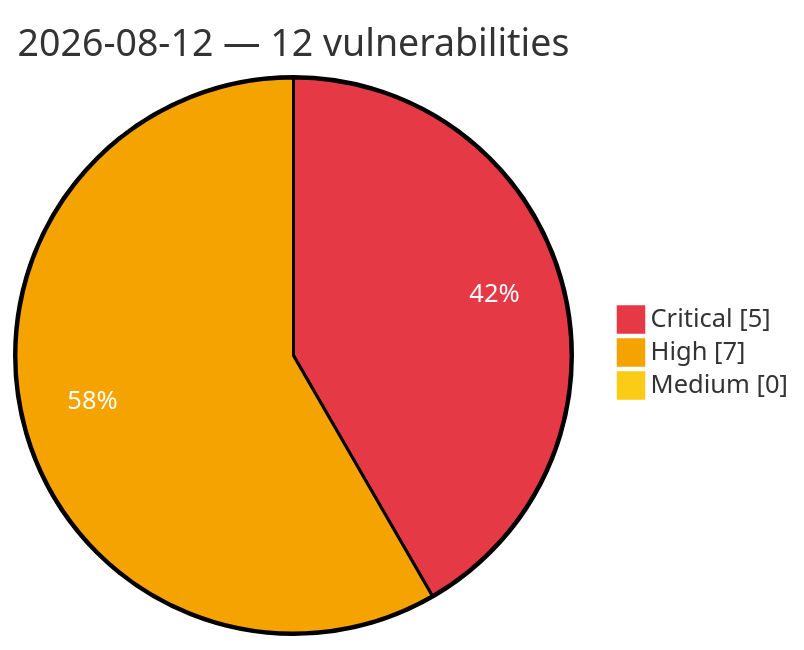
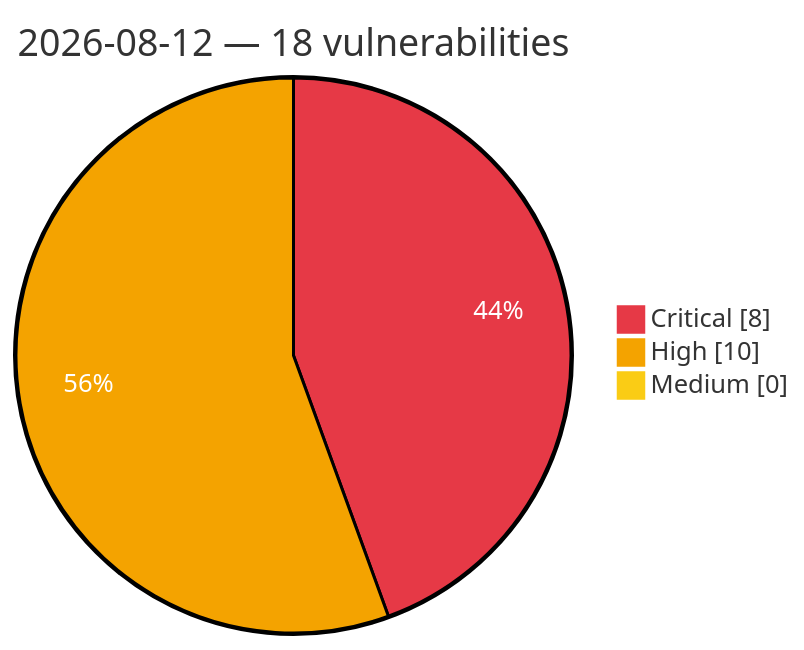
Before and after one commit to GhostX0X/vuln-tracker: the diagram in vulnerabilities/2026/August/2026-08-12.md, drawn with Mermaid. The commit also changed other lines of this file and 7 other files, not shown here.

Commit message:
Auto update: critical/high vulns (2026-08-12 14:35 UTC)

````diff
--- a/vulnerabilities/2026/August/2026-08-12.md
+++ b/vulnerabilities/2026/August/2026-08-12.md
@@ -3,8 +3,8 @@
 ```mermaid
 %%{init: {'theme':'base', 'themeVariables': {'pie1':'#e63946', 'pie2':'#f4a300', 'pie3':'#facc15', 'pieOpacity':'1', 'pieOuterStrokeWidth':'2px', 'pieSectionTextColor':'#ffffff'}}}%%
 pie showData
-    title 2026-08-12 — 12 vulnerabilities
-    "Critical" : 5
-    "High" : 7
+    title 2026-08-12 — 18 vulnerabilities
+    "Critical" : 8
+    "High" : 10
     "Medium" : 0
 ```
````
